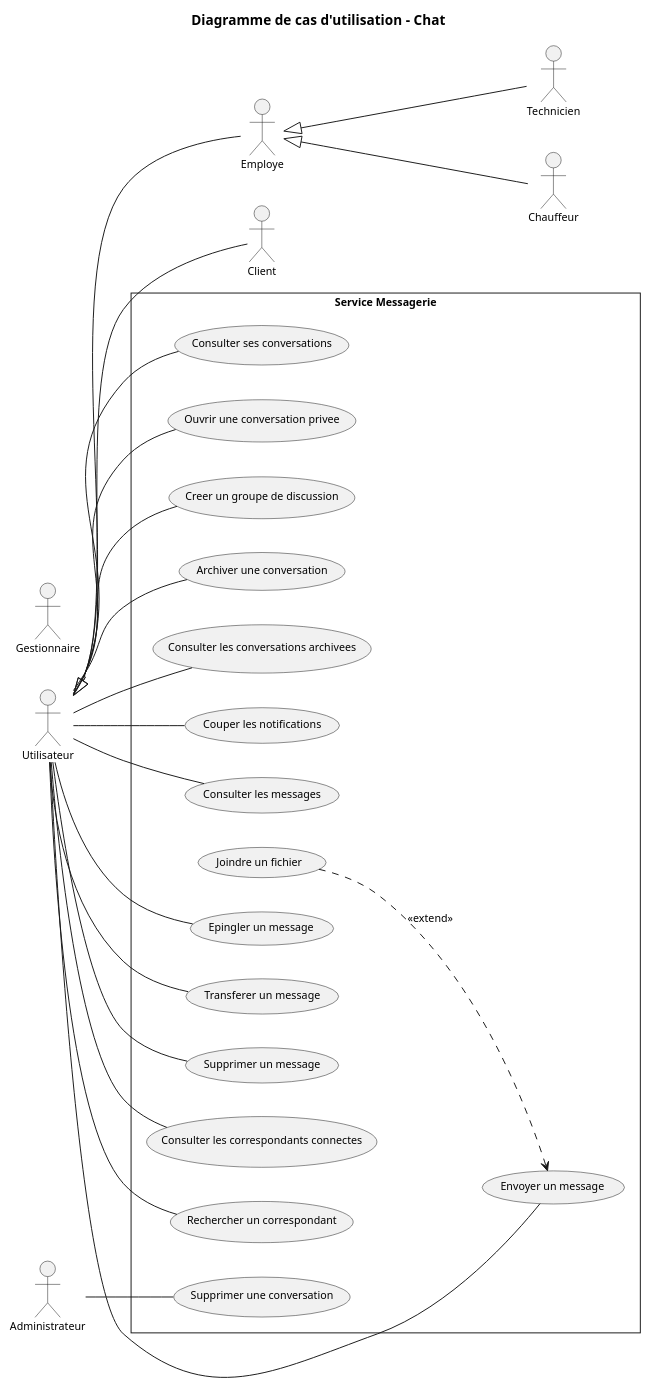
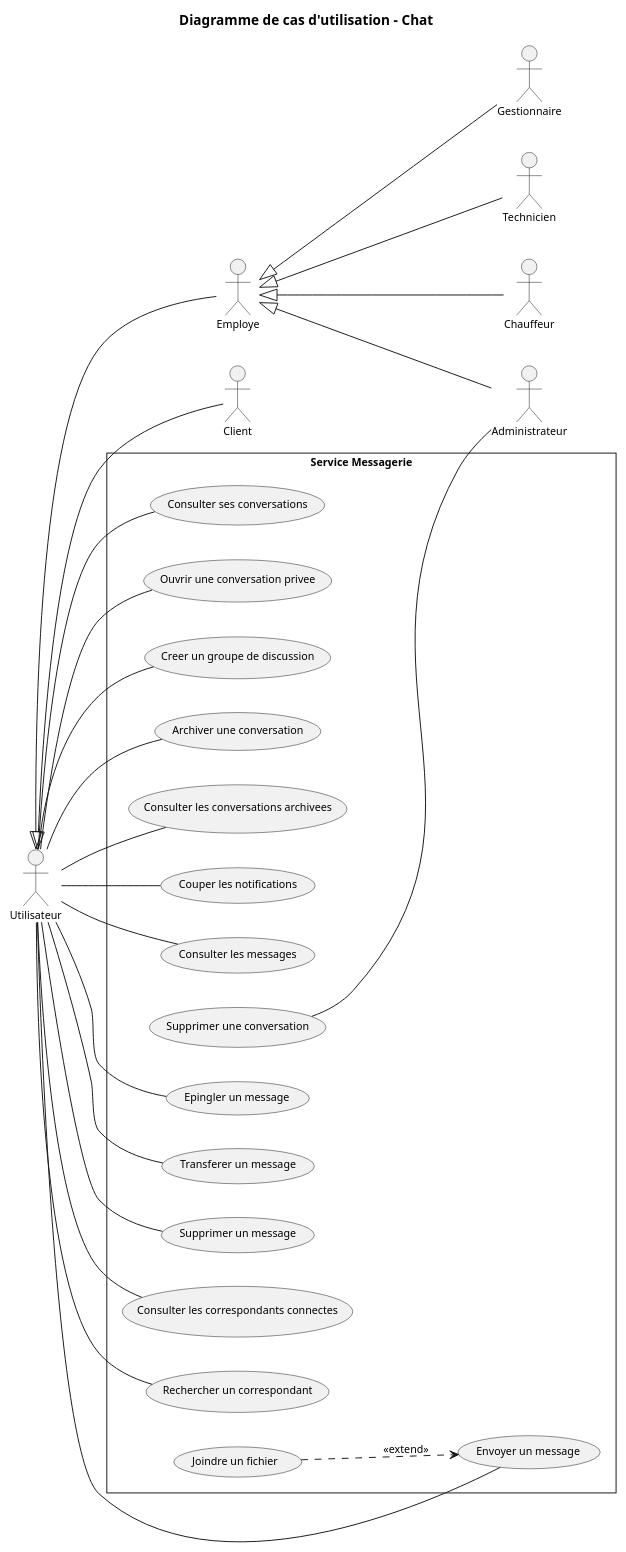
The diagram in docs/diagrams/microservices/Chat/Chat-usecase.puml (saber-barhoumi/Xpark-gmao), drawn with PlantUML before and after one commit. The commit also changed 6 other files, not shown here.

```diff
--- a/docs/diagrams/microservices/Chat/Chat-usecase.puml
+++ b/docs/diagrams/microservices/Chat/Chat-usecase.puml
@@ -1,64 +1,66 @@
 @startuml
 skinparam style strictuml
 skinparam packageStyle rectangle
 skinparam shadowing false
 skinparam defaultFontName Verdana
 skinparam defaultFontSize 11
 skinparam backgroundColor #FFFFFF
 left to right direction
 
 title Diagramme de cas d'utilisation - Chat
 
 ' Acteurs principaux, empiles a gauche du plus general au plus specialise
 actor "Utilisateur" as Utilisateur
 actor "Employe" as Employe
 actor "Administrateur" as Administrateur
 actor "Gestionnaire" as Gestionnaire
 actor "Technicien" as Technicien
 actor "Chauffeur" as Chauffeur
 actor "Client" as Client
 
 ' Generalisation : triangle creux, de l'enfant vers le parent
 Employe -up-|> Utilisateur
 Client -up-|> Utilisateur
+Administrateur -up-|> Employe
+Gestionnaire -up-|> Employe
 Technicien -up-|> Employe
 Chauffeur -up-|> Employe
 
 rectangle "Service Messagerie" {
   usecase "Consulter ses conversations" as UC_Consulter_ses_conversations
   usecase "Ouvrir une conversation privee" as UC_Ouvrir_une_conversation_privee
   usecase "Creer un groupe de discussion" as UC_Creer_un_groupe_de_discussion
   usecase "Archiver une conversation" as UC_Archiver_une_conversation
   usecase "Consulter les conversations archivees" as UC_Consulter_les_conversations_archiv
   usecase "Couper les notifications" as UC_Couper_les_notifications
   usecase "Consulter les messages" as UC_Consulter_les_messages
   usecase "Envoyer un message" as UC_Envoyer_un_message
   usecase "Joindre un fichier" as UC_Joindre_un_fichier
   usecase "Epingler un message" as UC_Epingler_un_message
   usecase "Transferer un message" as UC_Transferer_un_message
   usecase "Supprimer un message" as UC_Supprimer_un_message
   usecase "Consulter les correspondants connectes" as UC_Consulter_les_correspondants_conne
   usecase "Rechercher un correspondant" as UC_Rechercher_un_correspondant
   usecase "Supprimer une conversation" as UC_Supprimer_une_conversation
 }
 
 ' Associations : trait continu sans fleche (relation d'association)
 Utilisateur -- UC_Consulter_ses_conversations
 Utilisateur -- UC_Ouvrir_une_conversation_privee
 Utilisateur -- UC_Creer_un_groupe_de_discussion
 Utilisateur -- UC_Archiver_une_conversation
 Utilisateur -- UC_Consulter_les_conversations_archiv
 Utilisateur -- UC_Couper_les_notifications
 Utilisateur -- UC_Consulter_les_messages
 Utilisateur -- UC_Envoyer_un_message
 Utilisateur -- UC_Epingler_un_message
 Utilisateur -- UC_Transferer_un_message
 Utilisateur -- UC_Supprimer_un_message
 Utilisateur -- UC_Consulter_les_correspondants_conne
 Utilisateur -- UC_Rechercher_un_correspondant
 Administrateur -- UC_Supprimer_une_conversation
 
 ' << extend >> : du cas optionnel vers le cas de base
 UC_Joindre_un_fichier ..> UC_Envoyer_un_message : << extend >>
 
 @enduml
```
